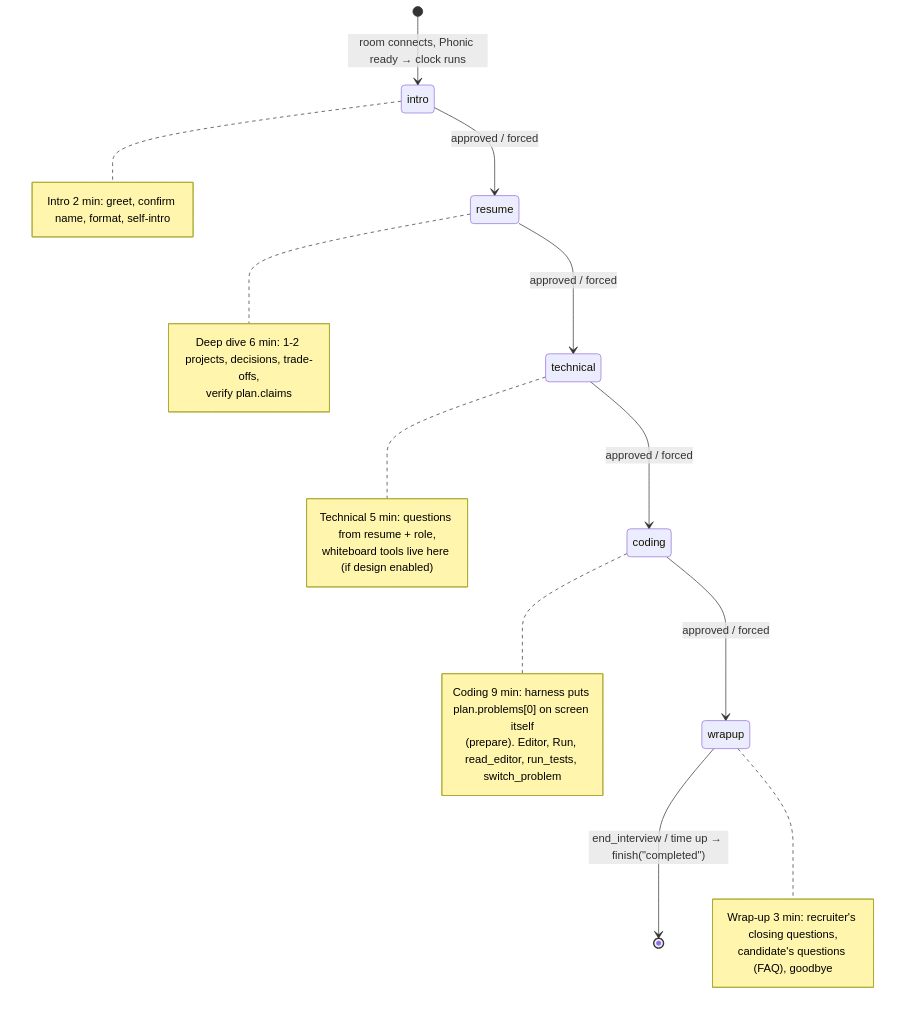
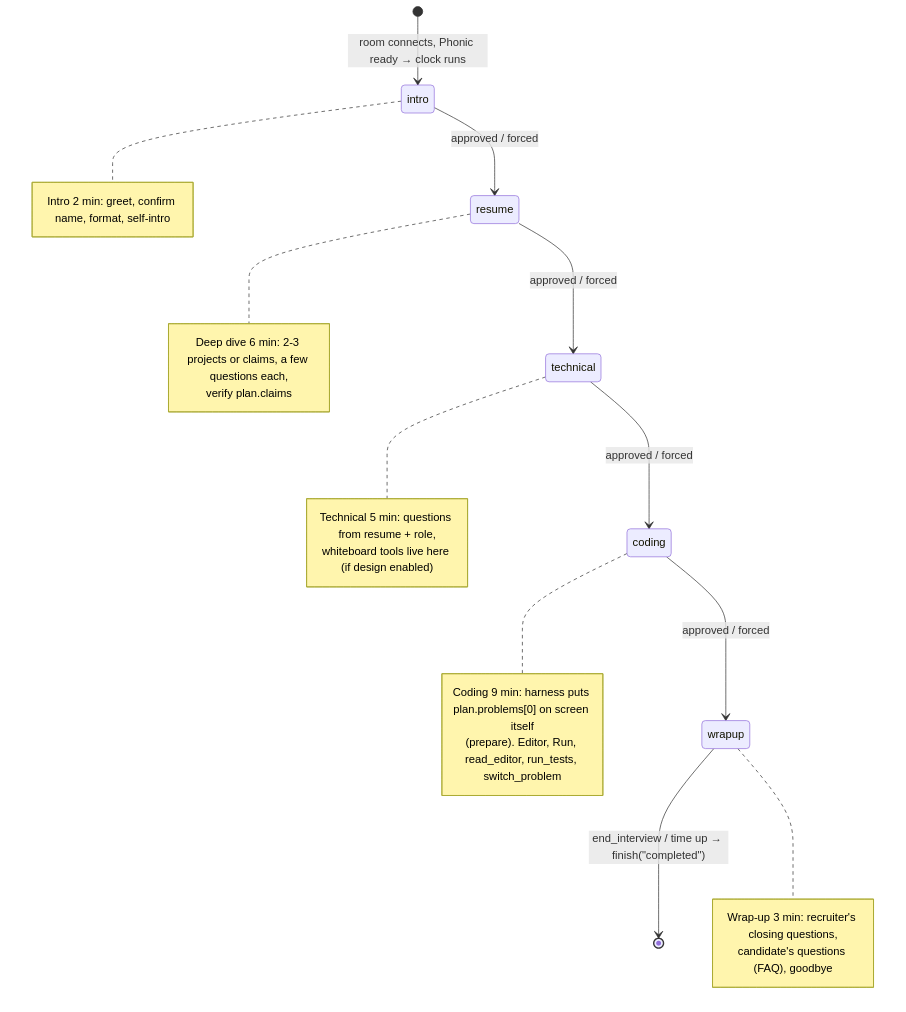
Before and after one commit to GitNimay/HirelyAi: the seventh of 12 diagrams in docs/ai-interview-flow.md, drawn with Mermaid. The commit also changed other lines of this file and 7 other files, not shown here.

````diff
--- a/docs/ai-interview-flow.md
+++ b/docs/ai-interview-flow.md
@@ -266,29 +277,29 @@
 ```mermaid
 stateDiagram-v2
     [*] --> intro: room connects, Phonic ready → clock runs
     intro --> resume: approved / forced
     resume --> technical: approved / forced
     technical --> coding: approved / forced
     coding --> wrapup: approved / forced
     wrapup --> [*]: end_interview / time up → finish("completed")
 
     note right of intro
         Intro 2 min: greet, confirm name, format, self-intro
     end note
     note right of resume
-        Deep dive 6 min: 1-2 projects, decisions, trade-offs,
+        Deep dive 6 min: 2-3 projects or claims, a few questions each,
         verify plan.claims
     end note
     note right of technical
         Technical 5 min: questions from resume + role,
         whiteboard tools live here (if design enabled)
     end note
     note right of coding
         Coding 9 min: harness puts plan.problems[0] on screen itself
         (prepare). Editor, Run, read_editor, run_tests, switch_problem
     end note
     note right of wrapup
         Wrap-up 3 min: recruiter's closing questions,
         candidate's questions (FAQ), goodbye
     end note
 ```
````
